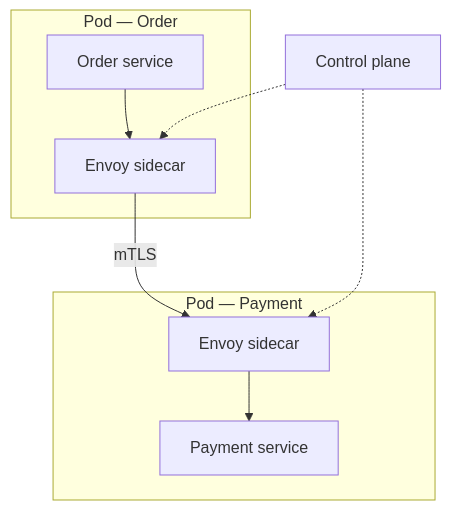
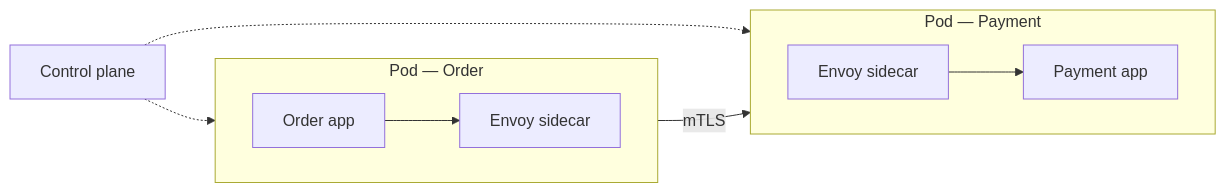
Before and after one commit to hareramcse/SystemDesign: diagram 11 of 22 in 08-microservices/README.md, drawn with Mermaid. The commit also changed other lines of this file and 14 other files, not shown here.

````diff
--- a/08-microservices/README.md
+++ b/08-microservices/README.md
@@ -1633,16 +1074,14 @@
 ```mermaid
-flowchart TB
-    subgraph PodA [Pod — Order]
-        OA[Order service]
-        SA[Envoy sidecar]
-        OA --> SA
+flowchart LR
+    subgraph PodA["Pod — Order"]
+        direction LR
+        OA[Order app] --> SA[Envoy sidecar]
     end
-    subgraph PodB [Pod — Payment]
-        SB[Envoy sidecar]
-        PB[Payment service]
-        SB --> PB
+    subgraph PodB["Pod — Payment"]
+        direction LR
+        SB[Envoy sidecar] --> PB[Payment app]
     end
     SA -->|mTLS| SB
     CP[Control plane] -.-> SA
     CP -.-> SB
 ```
````
